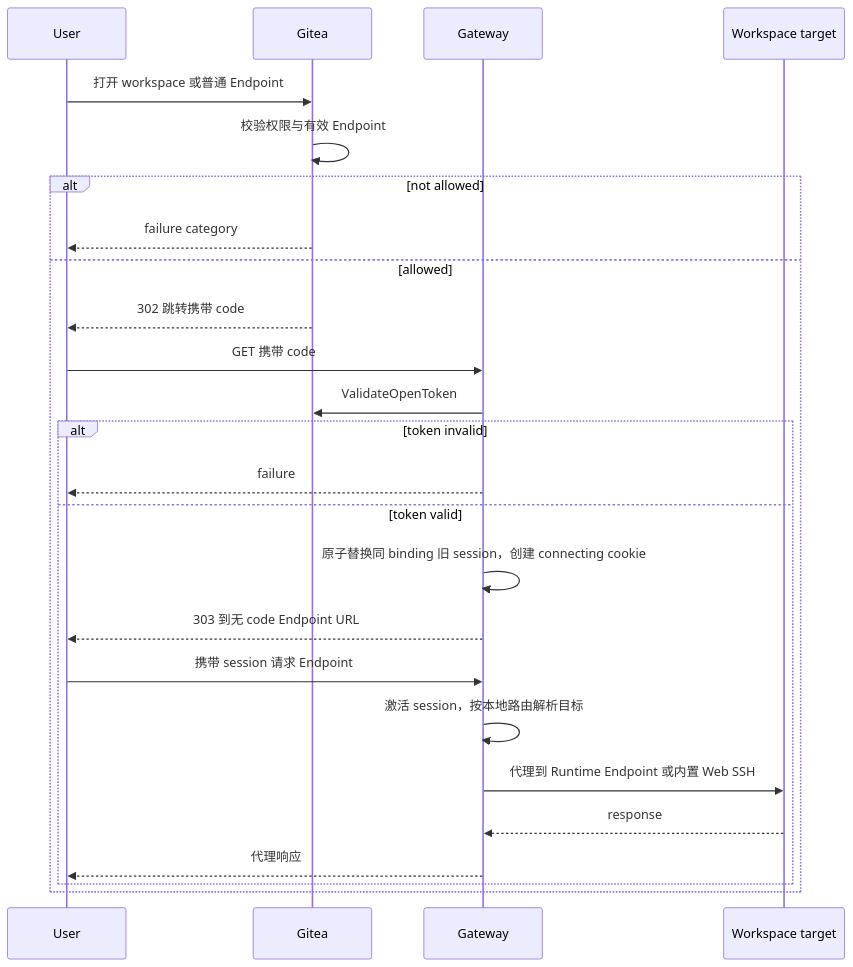
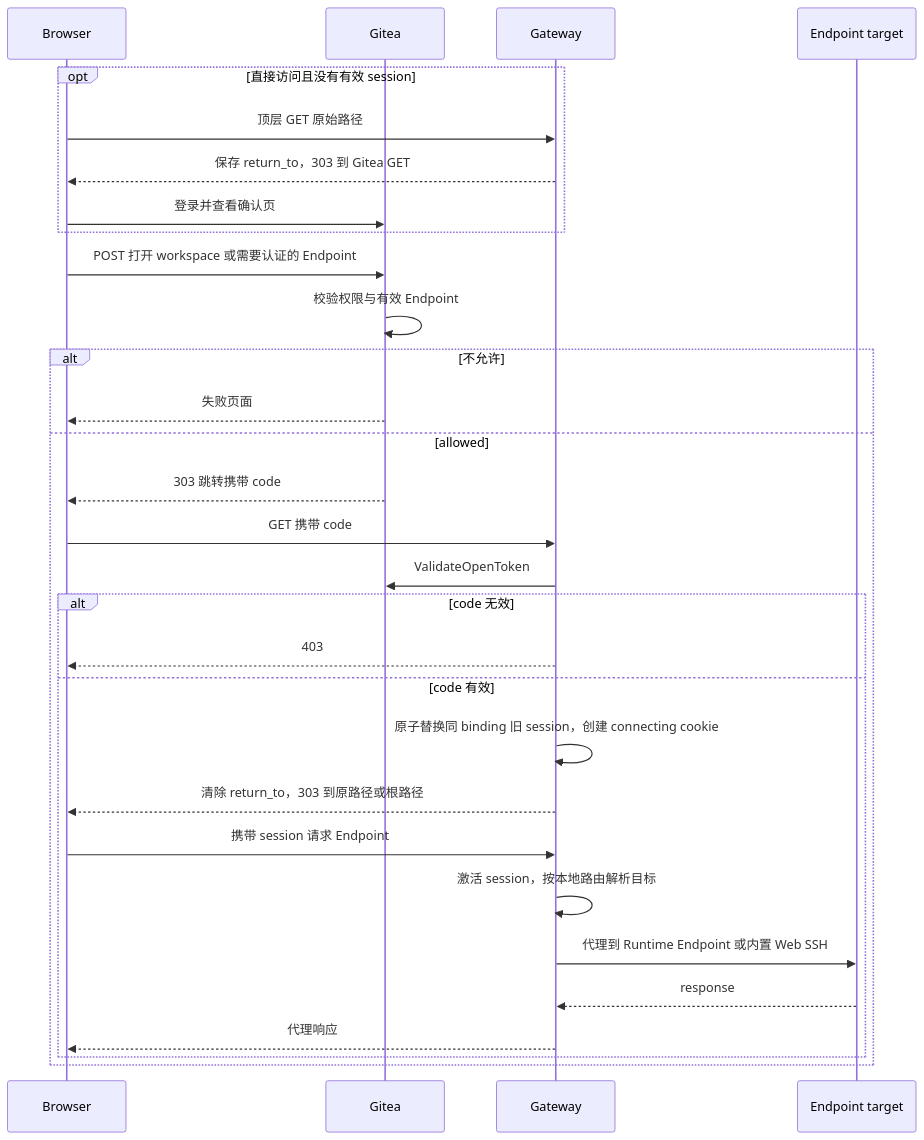
Before and after one commit to ExplodingDragon/gitea-dev: the second of 4 diagrams in src/manager-gateway.md, drawn with Mermaid. The commit also changed other lines of this file and 10 other files, not shown here.

````diff
--- a/src/manager-gateway.md
+++ b/src/manager-gateway.md
@@ -928,28 +1113,33 @@
 ```mermaid
 sequenceDiagram
-    participant U as User
+    participant U as Browser
     participant G as Gitea
     participant W as Gateway
-    participant T as Workspace target
+    participant T as Endpoint target
 
-    U->>G: 打开 workspace 或普通 Endpoint
+    opt 直接访问且没有有效 session
+        U->>W: 顶层 GET 原始路径
+        W-->>U: 保存 return_to，303 到 Gitea GET
+        U->>G: 登录并查看确认页
+    end
+    U->>G: POST 打开 workspace 或需要认证的 Endpoint
     G->>G: 校验权限与有效 Endpoint
-    alt not allowed
-        G-->>U: failure category
+    alt 不允许
+        G-->>U: 失败页面
     else allowed
-        G-->>U: 302 跳转携带 code
+        G-->>U: 303 跳转携带 code
         U->>W: GET 携带 code
         W->>G: ValidateOpenToken
-        alt token invalid
-            W-->>U: failure
-        else token valid
+        alt code 无效
+            W-->>U: 403
+        else code 有效
             W->>W: 原子替换同 binding 旧 session，创建 connecting cookie
-            W-->>U: 303 到无 code Endpoint URL
+            W-->>U: 清除 return_to，303 到原路径或根路径
             U->>W: 携带 session 请求 Endpoint
             W->>W: 激活 session，按本地路由解析目标
             W->>T: 代理到 Runtime Endpoint 或内置 Web SSH
             T-->>W: response
             W-->>U: 代理响应
         end
     end
 ```
````
